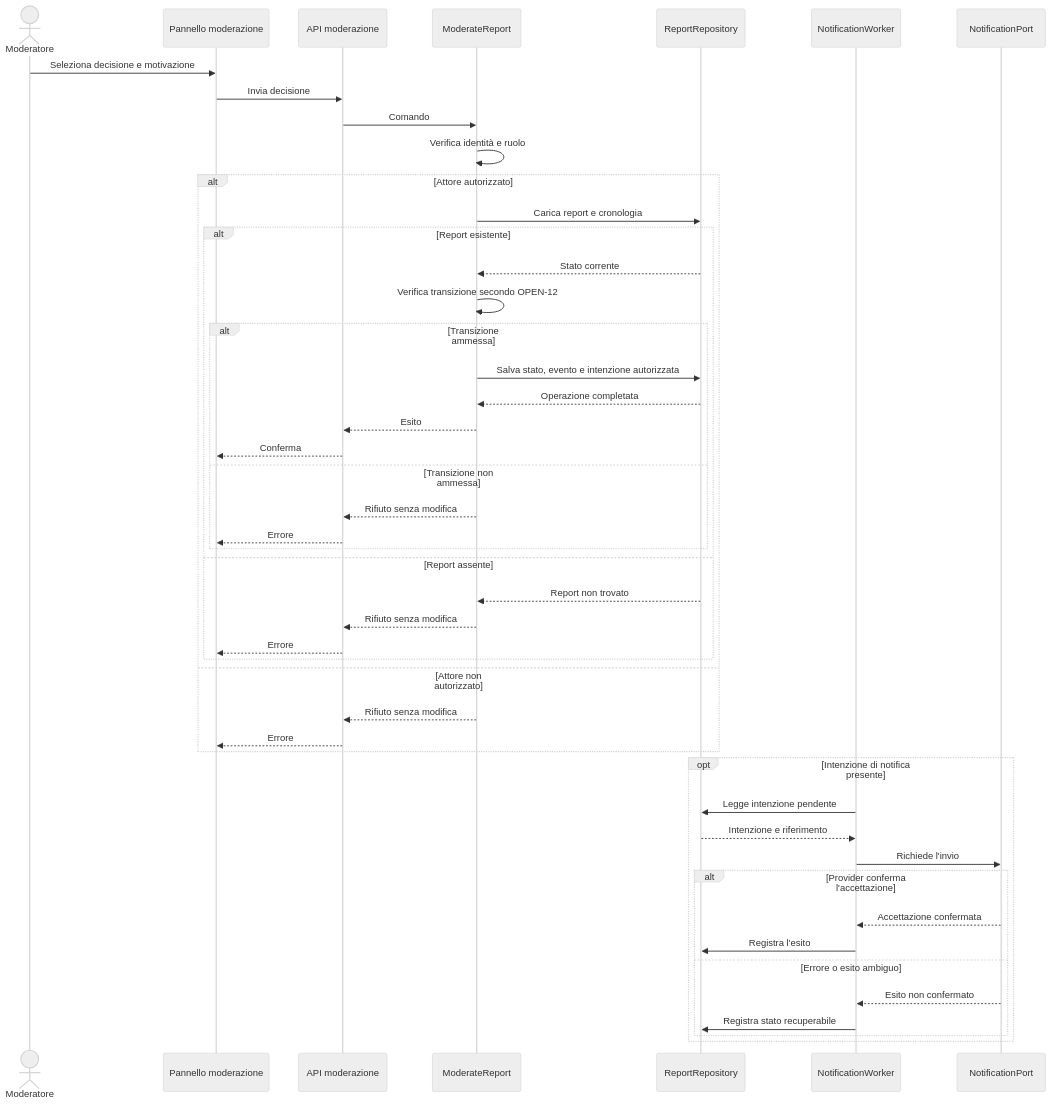
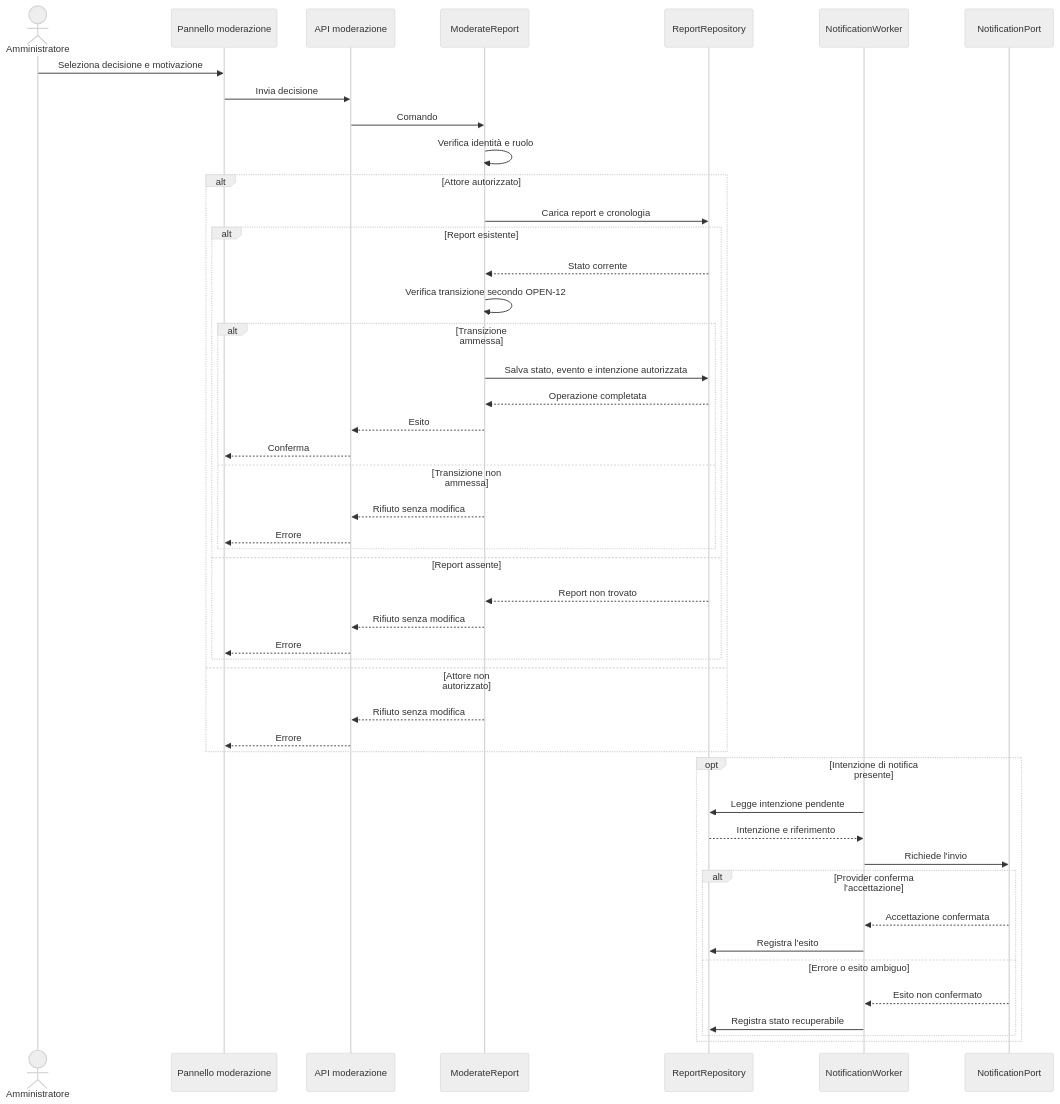
The seventh of 9 diagrams in docs/RAD.md (andreaplini/aegis), drawn with Mermaid (neutral theme) before and after one commit. The commit also changed other lines of this file and 5 other files, not shown here.

````diff
--- a/docs/RAD.md
+++ b/docs/RAD.md
@@ -650,50 +646,50 @@
 ```mermaid
 sequenceDiagram
   accDescr: La moderazione registra transizione, evento e intenzione di notifica autorizzata in modo atomico. Un worker invia la notifica dopo il commit e registra gli esiti.
-  actor M as Moderatore
+  actor A as Amministratore
   participant UI as Pannello moderazione
   participant API as API moderazione
   participant UC as ModerateReport
   participant Repo as ReportRepository
   participant W as NotificationWorker
   participant N as NotificationPort
-  M->>UI: Seleziona decisione e motivazione
+  A->>UI: Seleziona decisione e motivazione
   UI->>API: Invia decisione
   API->>UC: Comando
   UC->>UC: Verifica identità e ruolo
   alt Attore autorizzato
     UC->>Repo: Carica report e cronologia
     alt Report esistente
       Repo-->>UC: Stato corrente
       UC->>UC: Verifica transizione secondo OPEN-12
       alt Transizione ammessa
         UC->>Repo: Salva stato, evento e intenzione autorizzata
         Repo-->>UC: Operazione completata
         UC-->>API: Esito
         API-->>UI: Conferma
       else Transizione non ammessa
         UC-->>API: Rifiuto senza modifica
         API-->>UI: Errore
       end
     else Report assente
       Repo-->>UC: Report non trovato
       UC-->>API: Rifiuto senza modifica
       API-->>UI: Errore
     end
   else Attore non autorizzato
     UC-->>API: Rifiuto senza modifica
     API-->>UI: Errore
   end
   opt Intenzione di notifica presente
     W->>Repo: Legge intenzione pendente
     Repo-->>W: Intenzione e riferimento
     W->>N: Richiede l'invio
     alt Provider conferma l'accettazione
       N-->>W: Accettazione confermata
       W->>Repo: Registra l'esito
     else Errore o esito ambiguo
       N-->>W: Esito non confermato
       W->>Repo: Registra stato recuperabile
     end
   end
 ```
````
